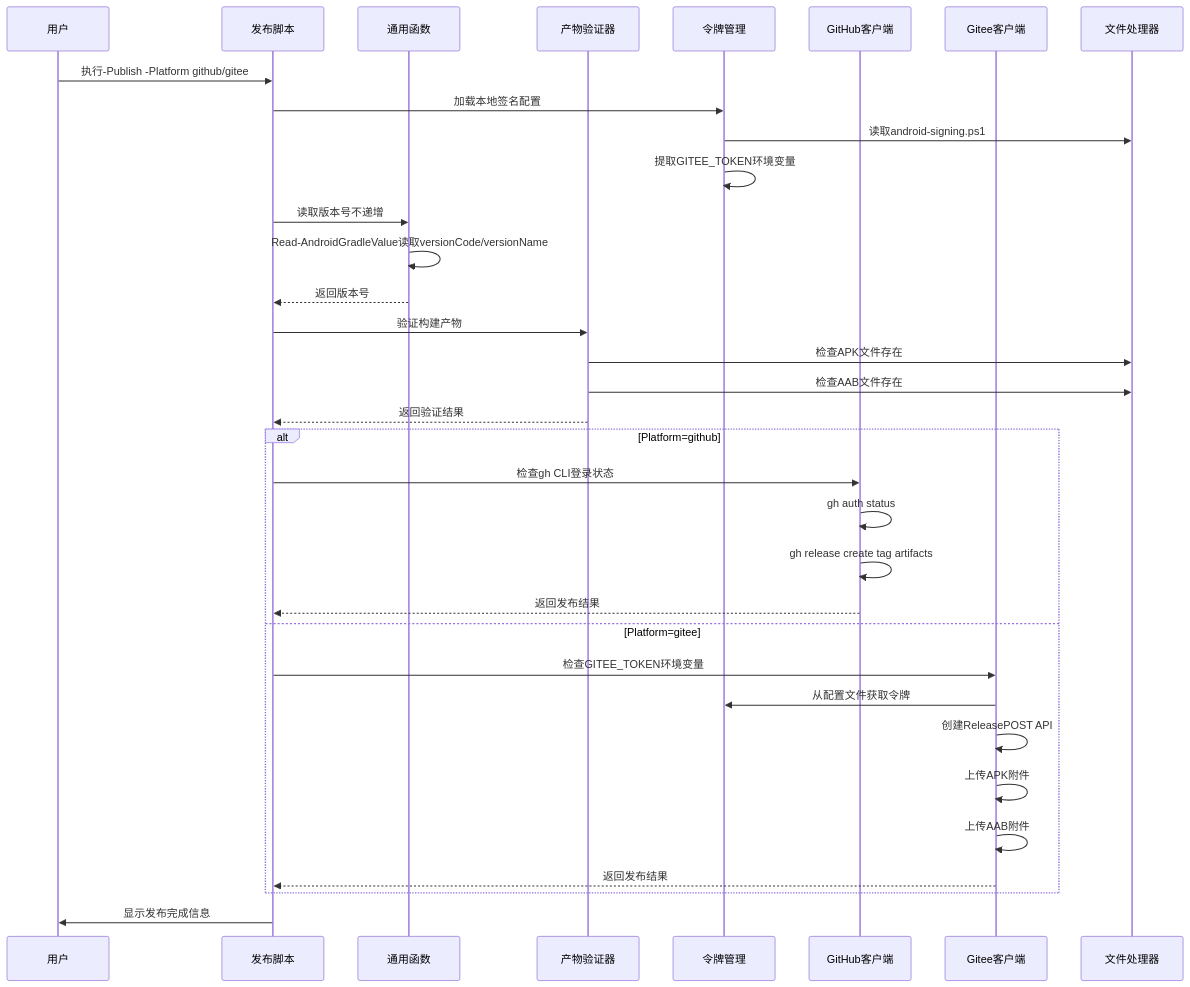
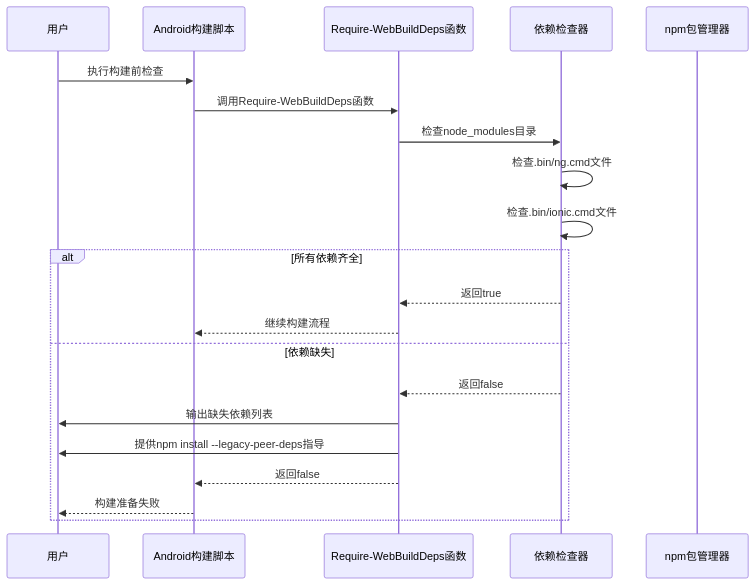
Before and after one commit to tea4go/Macro-Deck-Client-App: the fifth of 11 diagrams in .qoder/repowiki/zh/content/构建与部署/Windows PowerShell自动化.md, drawn with Mermaid. The commit also changed other lines of this file and 39 other files, not shown here.

````diff
--- a/.qoder/repowiki/zh/content/构建与部署/Windows PowerShell自动化.md
+++ b/.qoder/repowiki/zh/content/构建与部署/Windows PowerShell自动化.md
@@ -801,36 +656,23 @@
 ```mermaid
 sequenceDiagram
 participant User as 用户
-participant PublishScript as 发布脚本
-participant Common as 通用函数
-participant ArtifactValidator as 产物验证器
-participant TokenMgr as 令牌管理
-participant GitHubClient as GitHub客户端
-participant GiteeClient as Gitee客户端
-participant FileHandler as 文件处理器
-User->>PublishScript : 执行-Publish -Platform github/gitee
-PublishScript->>TokenMgr : 加载本地签名配置
-TokenMgr->>FileHandler : 读取android-signing.ps1
-TokenMgr->>TokenMgr : 提取GITEE_TOKEN环境变量
-PublishScript->>Common : 读取版本号不递增
-Common->>Common : Read-AndroidGradleValue读取versionCode/versionName
-Common-->>PublishScript : 返回版本号
-PublishScript->>ArtifactValidator : 验证构建产物
-ArtifactValidator->>FileHandler : 检查APK文件存在
-ArtifactValidator->>FileHandler : 检查AAB文件存在
-ArtifactValidator-->>PublishScript : 返回验证结果
-alt Platform=github
-PublishScript->>GitHubClient : 检查gh CLI登录状态
-GitHubClient->>GitHubClient : gh auth status
-GitHubClient->>GitHubClient : gh release create tag artifacts
-GitHubClient-->>PublishScript : 返回发布结果
-else Platform=gitee
-PublishScript->>GiteeClient : 检查GITEE_TOKEN环境变量
-GiteeClient->>TokenMgr : 从配置文件获取令牌
-GiteeClient->>GiteeClient : 创建ReleasePOST API
-GiteeClient->>GiteeClient : 上传APK附件
-GiteeClient->>GiteeClient : 上传AAB附件
-GiteeClient-->>PublishScript : 返回发布结果
+participant BuildScript as Android构建脚本
+participant RequireDeps as Require-WebBuildDeps函数
+participant CheckDeps as 依赖检查器
+participant NPM as npm包管理器
+User->>BuildScript : 执行构建前检查
+BuildScript->>RequireDeps : 调用Require-WebBuildDeps函数
+RequireDeps->>CheckDeps : 检查node_modules目录
+CheckDeps->>CheckDeps : 检查.bin/ng.cmd文件
+CheckDeps->>CheckDeps : 检查.bin/ionic.cmd文件
+alt 所有依赖齐全
+CheckDeps-->>RequireDeps : 返回true
+RequireDeps-->>BuildScript : 继续构建流程
+else 依赖缺失
+CheckDeps-->>RequireDeps : 返回false
+RequireDeps->>User : 输出缺失依赖列表
+RequireDeps->>User : 提供npm install --legacy-peer-deps指导
+RequireDeps-->>BuildScript : 返回false
+BuildScript-->>User : 构建准备失败
 end
-PublishScript->>User : 显示发布完成信息
 ```
````
